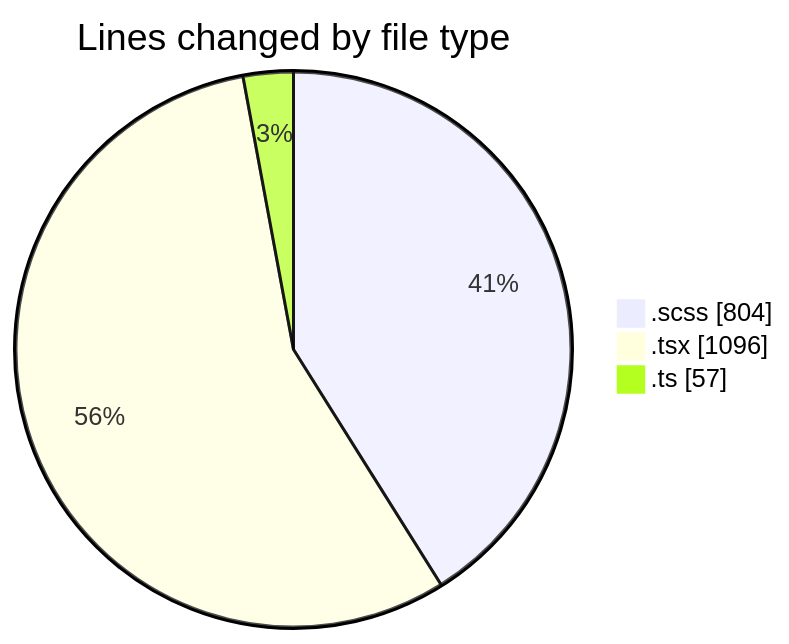
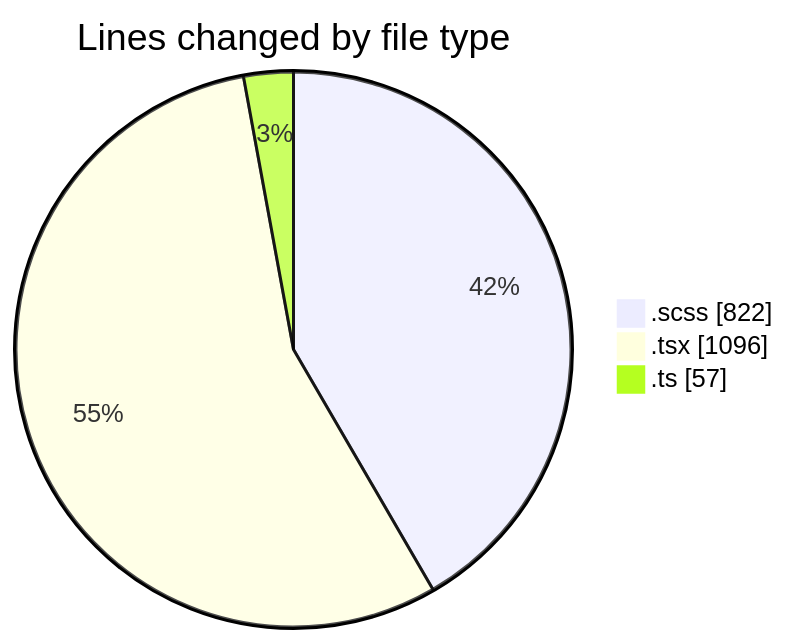
The first of 2 diagrams in 2025-03-28/cda/README.md (momahboobian/code-tracking), drawn with Mermaid before and after one commit. The commit also changed other lines of this file and 1 other file, not shown here.

````diff
--- a/2025-03-28/cda/README.md
+++ b/2025-03-28/cda/README.md
@@ -25,7 +25,7 @@
 ```mermaid
 pie showData
 title Lines changed by file type
-".scss" : 804
+".scss" : 822
 ".tsx" : 1096
 ".ts" : 57
 ```
````
